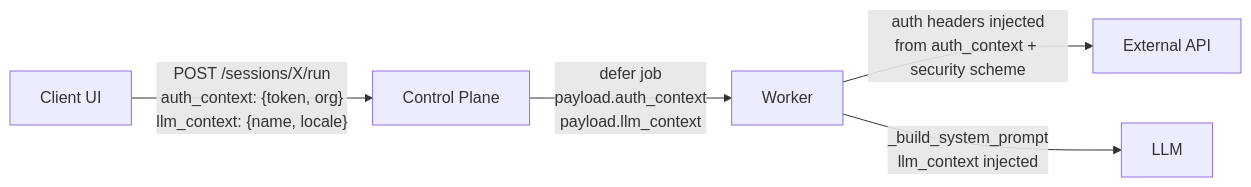
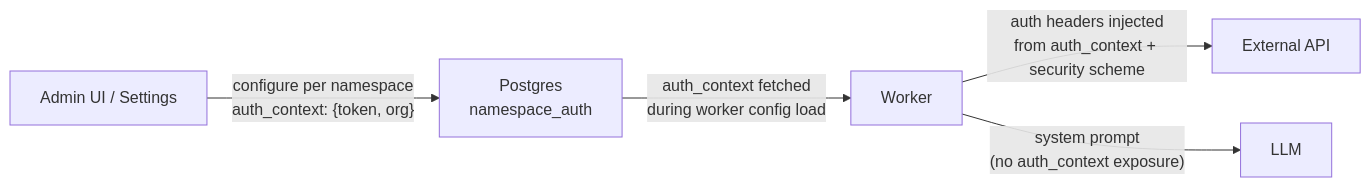
The third of 4 diagrams in README.md (Sheerabth/omniagent), drawn with Mermaid before and after one commit. The commit also changed other lines of this file, not shown here.

````diff
--- a/README.md
+++ b/README.md
@@ -59,7 +55,7 @@
 ```mermaid
 flowchart LR
-    Client["Client UI"] -->|"POST /sessions/X/run<br/>auth_context: {token, org}<br/>llm_context: {name, locale}"| CP["Control Plane"]
-    CP -->|"defer job<br/>payload.auth_context<br/>payload.llm_context"| Worker["Worker"]
+    Admin["Admin UI / Settings"] -->|"configure per namespace<br/>auth_context: {token, org}"| DB["Postgres<br/>namespace_auth"]
+    DB -->|"auth_context fetched<br/>during worker config load"| Worker["Worker"]
     Worker -->|"auth headers injected<br/>from auth_context + security scheme"| API["External API"]
-    Worker -->|"_build_system_prompt<br/>llm_context injected"| LLM["LLM"]
+    Worker -->|"system prompt<br/>(no auth_context exposure)"| LLM["LLM"]
 ```
````
